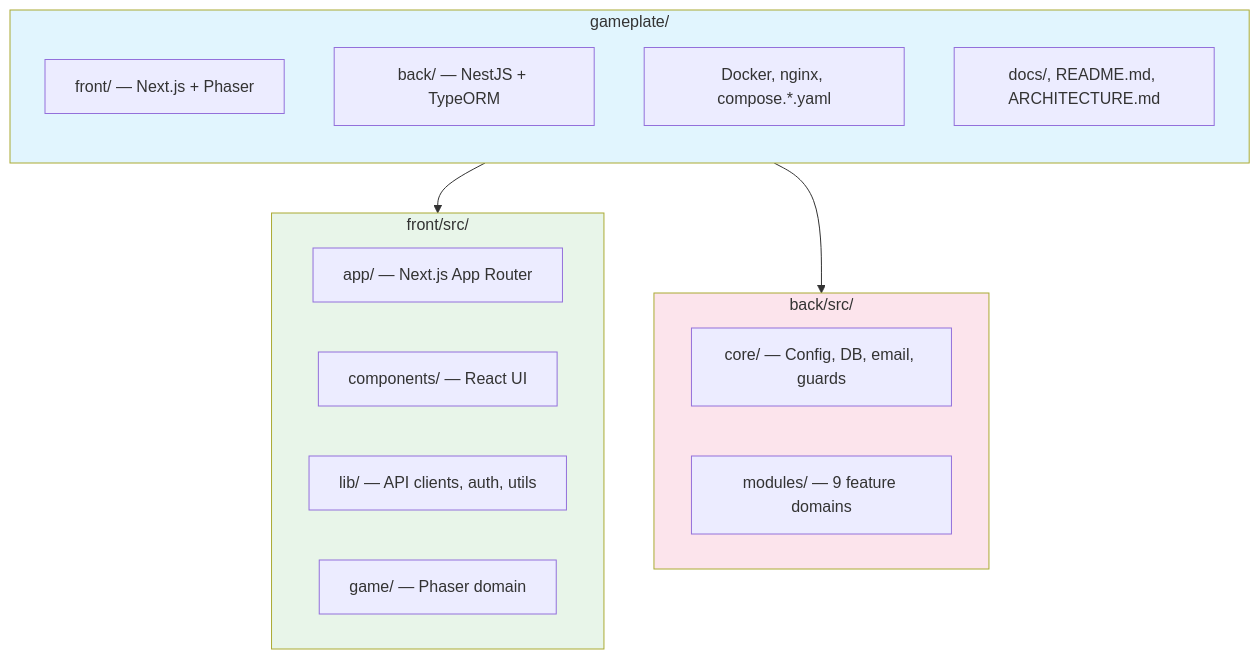
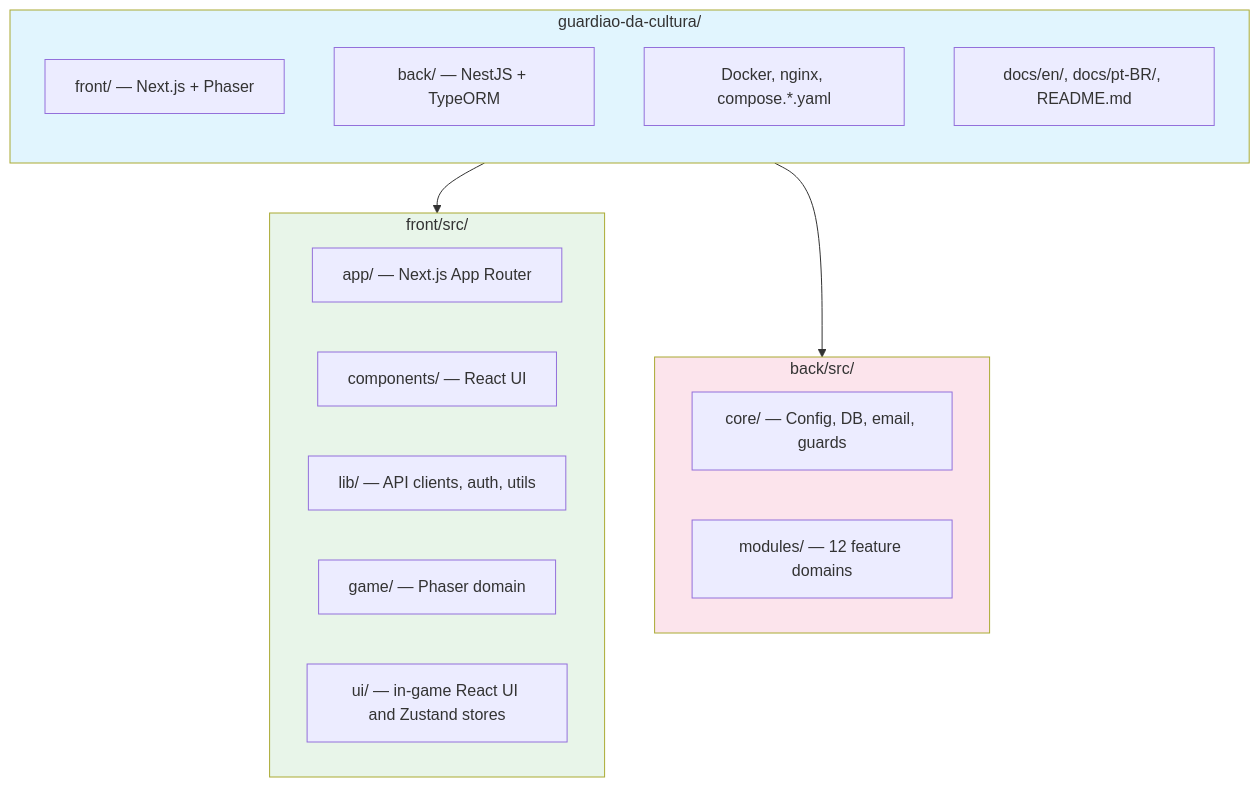
Before and after one commit to Labs-de-Games/guardiao-da-cultura: the diagram in AGENTS.md, drawn with Mermaid. The commit also changed other lines of this file and 2 other files, not shown here.

````diff
--- a/AGENTS.md
+++ b/AGENTS.md
@@ -52,29 +52,30 @@
 ```mermaid
 flowchart TB
-    subgraph Root["gameplate/"]
+    subgraph Root["guardiao-da-cultura/"]
         direction TB
         Front["front/ — Next.js + Phaser"]
         Back["back/ — NestJS + TypeORM"]
         Infra["Docker, nginx, compose.*.yaml"]
-        Docs["docs/, README.md, ARCHITECTURE.md"]
+        Docs["docs/en/, docs/pt-BR/, README.md"]
     end
 
     subgraph FrontSrc["front/src/"]
         App["app/ — Next.js App Router"]
         Components["components/ — React UI"]
         Lib["lib/ — API clients, auth, utils"]
         Game["game/ — Phaser domain"]
+        UI["ui/ — in-game React UI and Zustand stores"]
     end
 
     subgraph BackSrc["back/src/"]
         Core["core/ — Config, DB, email, guards"]
-        Modules["modules/ — 9 feature domains"]
+        Modules["modules/ — 12 feature domains"]
     end
 
     Front --> FrontSrc
     Back --> BackSrc
 
     style Root fill:#e1f5fe
     style FrontSrc fill:#e8f5e9
     style BackSrc fill:#fce4ec
 ```
````
